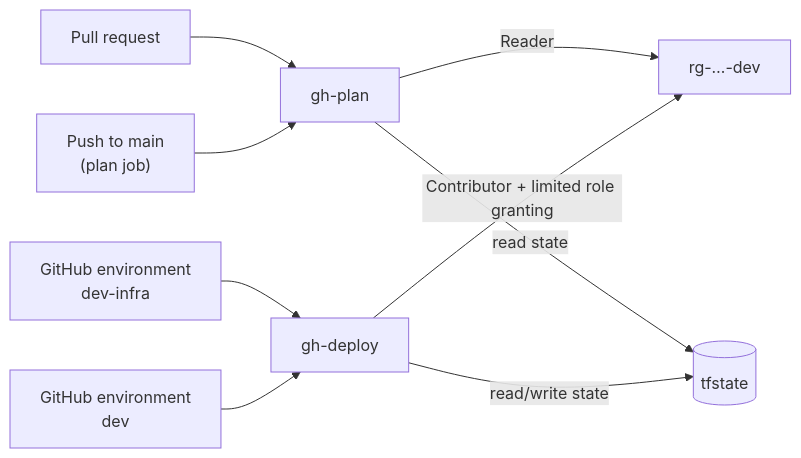
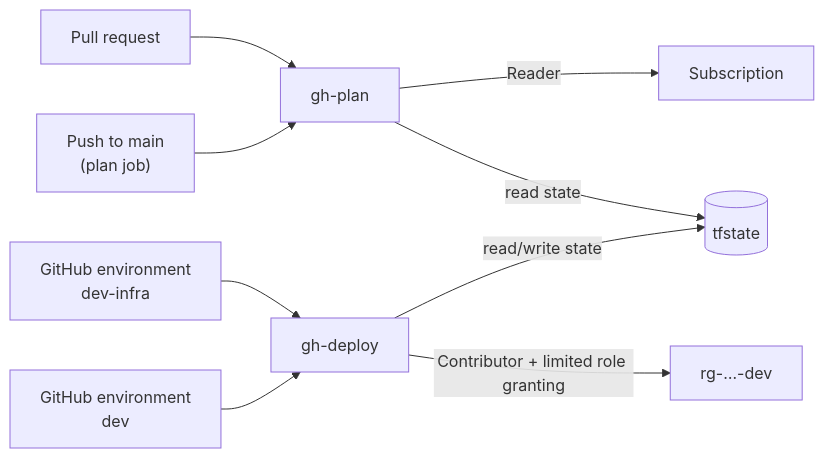
The diagram in docs/Deployment.md (ankurparekh1988/payment-ops-investigation-agent), drawn with Mermaid before and after one commit. The commit also changed other lines of this file and 27 other files, not shown here.

````diff
--- a/docs/Deployment.md
+++ b/docs/Deployment.md
@@ -133,11 +152,11 @@
 ```mermaid
 flowchart LR
   PR["Pull request"] --> P["gh-plan"]
   MAIN["Push to main<br/>(plan job)"] --> P
   ENVI["GitHub environment<br/>dev-infra"] --> D["gh-deploy"]
   ENVA["GitHub environment<br/>dev"] --> D
-  P -->|Reader| RG["rg-…-dev"]
+  P -->|Reader| SUB["Subscription"]
   P -->|read state| ST[("tfstate")]
-  D -->|Contributor + limited role granting| RG
+  D -->|Contributor + limited role granting| RG["rg-…-dev"]
   D -->|read/write state| ST
 ```
````
